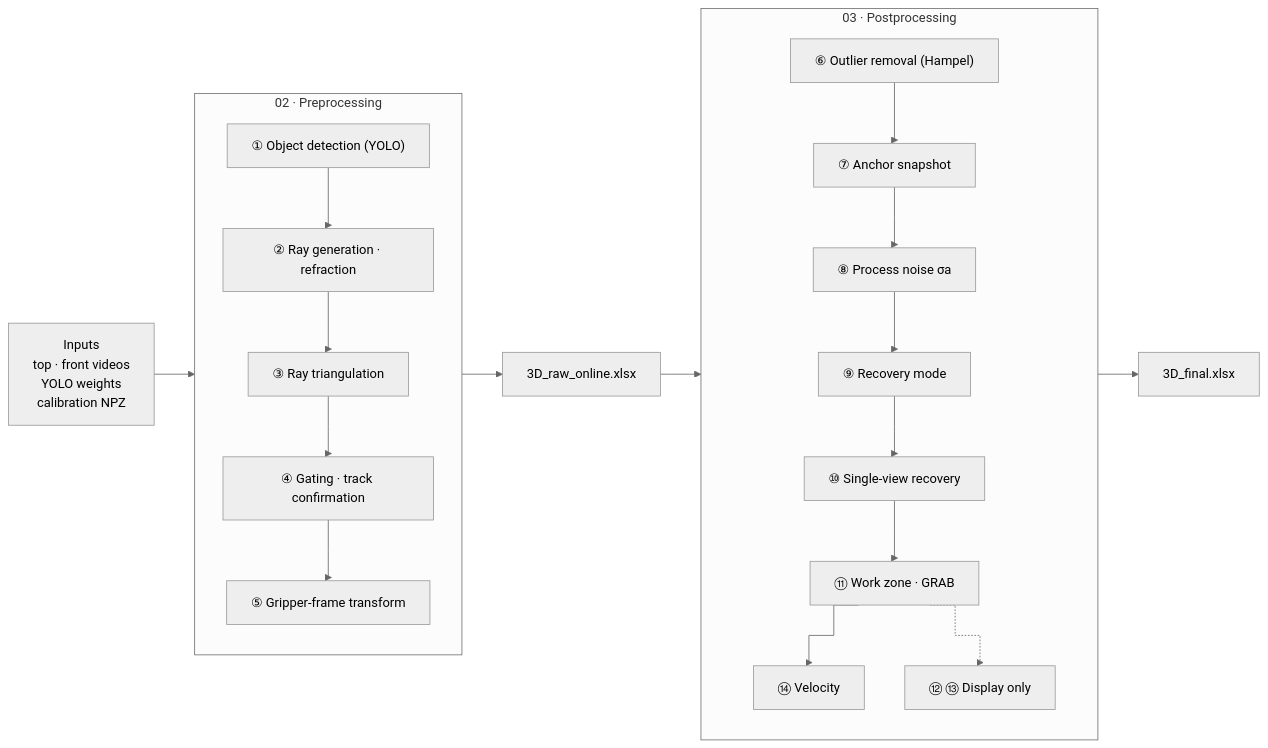
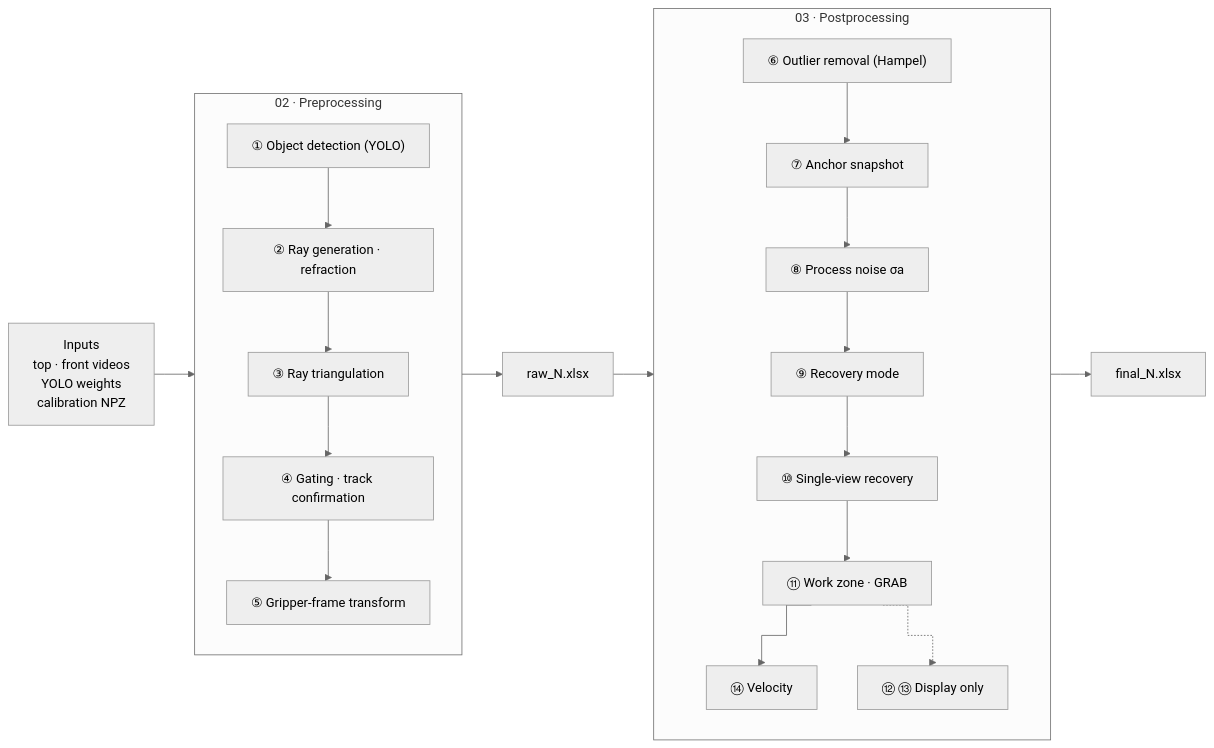
Before and after one commit to dodokim777-boop/underwater-gripper-tracking: the diagram in README.md, drawn with Mermaid. The commit also changed other lines of this file and 13 other files, not shown here.

````diff
--- a/README.md
+++ b/README.md
@@ -13,28 +13,28 @@
 ```mermaid
 %%{init: {'theme': 'neutral', 'flowchart': {'curve': 'step'}}}%%
 flowchart LR
   IN["Inputs<br/>top · front videos<br/>YOLO weights<br/>calibration NPZ"]
   subgraph PRE["02 · Preprocessing"]
     direction TB
     S1["① Object detection (YOLO)"] --> S2["② Ray generation · refraction"]
     S2 --> S3["③ Ray triangulation"]
     S3 --> S4["④ Gating · track confirmation"]
     S4 --> S5["⑤ Gripper-frame transform"]
   end
-  RAW["3D_raw_online.xlsx"]
+  RAW["raw_N.xlsx"]
   subgraph POST["03 · Postprocessing"]
     direction TB
     S6["⑥ Outlier removal (Hampel)"] --> S7["⑦ Anchor snapshot"]
     S7 --> S8["⑧ Process noise σa"]
     S8 --> S9["⑨ Recovery mode"]
     S9 --> S10["⑩ Single-view recovery"]
     S10 --> S11["⑪ Work zone · GRAB"]
     S11 --> S14["⑭ Velocity"]
     S11 -.-> S1213["⑫ ⑬ Display only"]
   end
-  FIN["3D_final.xlsx"]
+  FIN["final_N.xlsx"]
   IN --> PRE
   PRE --> RAW
   RAW --> POST
   POST --> FIN
 ```
````
